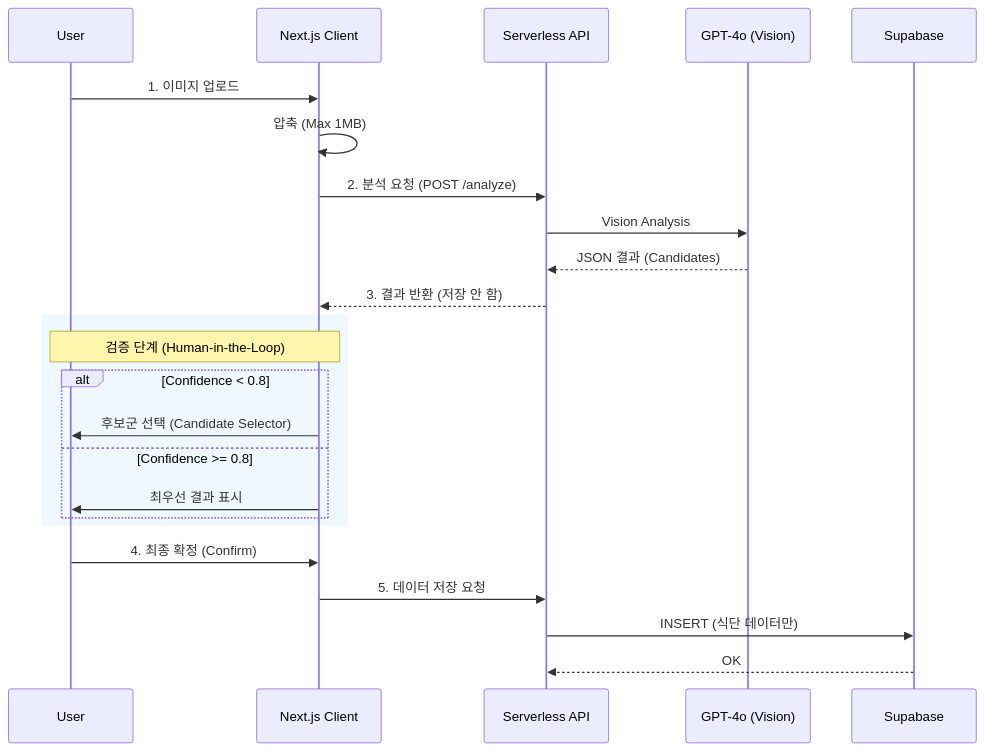
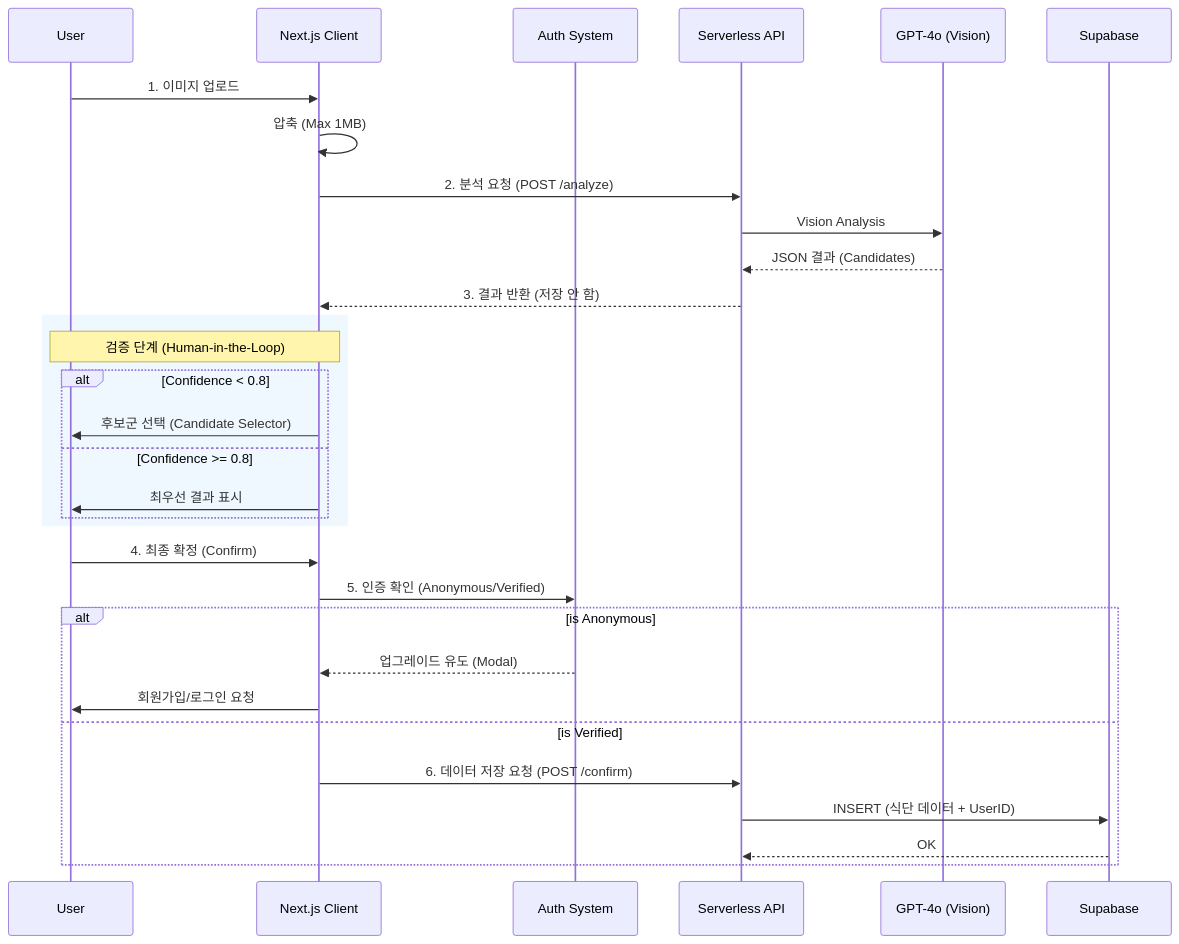
Before and after one commit to sjwoo1999/MealRo: the diagram in README.md, drawn with Mermaid. The commit also changed other lines of this file and 23 other files, not shown here.

````diff
--- a/README.md
+++ b/README.md
@@ -42,29 +47,36 @@
 ```mermaid
 sequenceDiagram
     participant User
     participant Client as Next.js Client
+    participant Auth as Auth System
     participant API as Serverless API
     participant AI as GPT-4o (Vision)
     participant DB as Supabase
 
     User->>Client: 1. 이미지 업로드
     Client->>Client: 압축 (Max 1MB)
     Client->>API: 2. 분석 요청 (POST /analyze)
     API->>AI: Vision Analysis
     AI-->>API: JSON 결과 (Candidates)
     API-->>Client: 3. 결과 반환 (저장 안 함)
     
     rect rgb(240, 248, 255)
         Note over Client, User: 검증 단계 (Human-in-the-Loop)
         alt Confidence < 0.8
             Client->>User: 후보군 선택 (Candidate Selector)
         else Confidence >= 0.8
             Client->>User: 최우선 결과 표시
         end
     end
 
     User->>Client: 4. 최종 확정 (Confirm)
-    Client->>API: 5. 데이터 저장 요청
-    API->>DB: INSERT (식단 데이터만)
-    DB-->>API: OK
+    Client->>Auth: 5. 인증 확인 (Anonymous/Verified)
+    alt is Anonymous
+        Auth-->>Client: 업그레이드 유도 (Modal)
+        Client->>User: 회원가입/로그인 요청
+    else is Verified
+        Client->>API: 6. 데이터 저장 요청 (POST /confirm)
+        API->>DB: INSERT (식단 데이터 + UserID)
+        DB-->>API: OK
+    end
 ```
````
